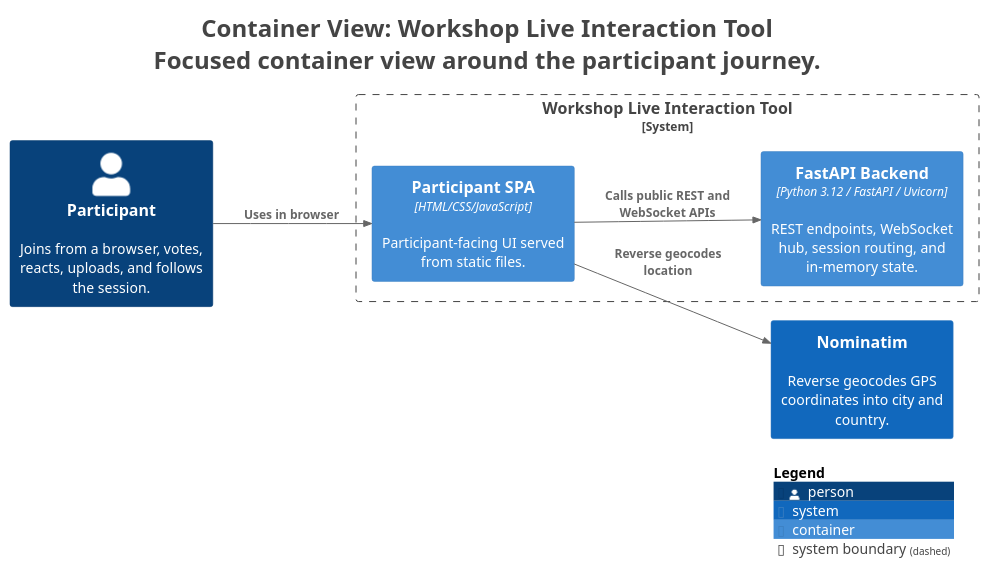
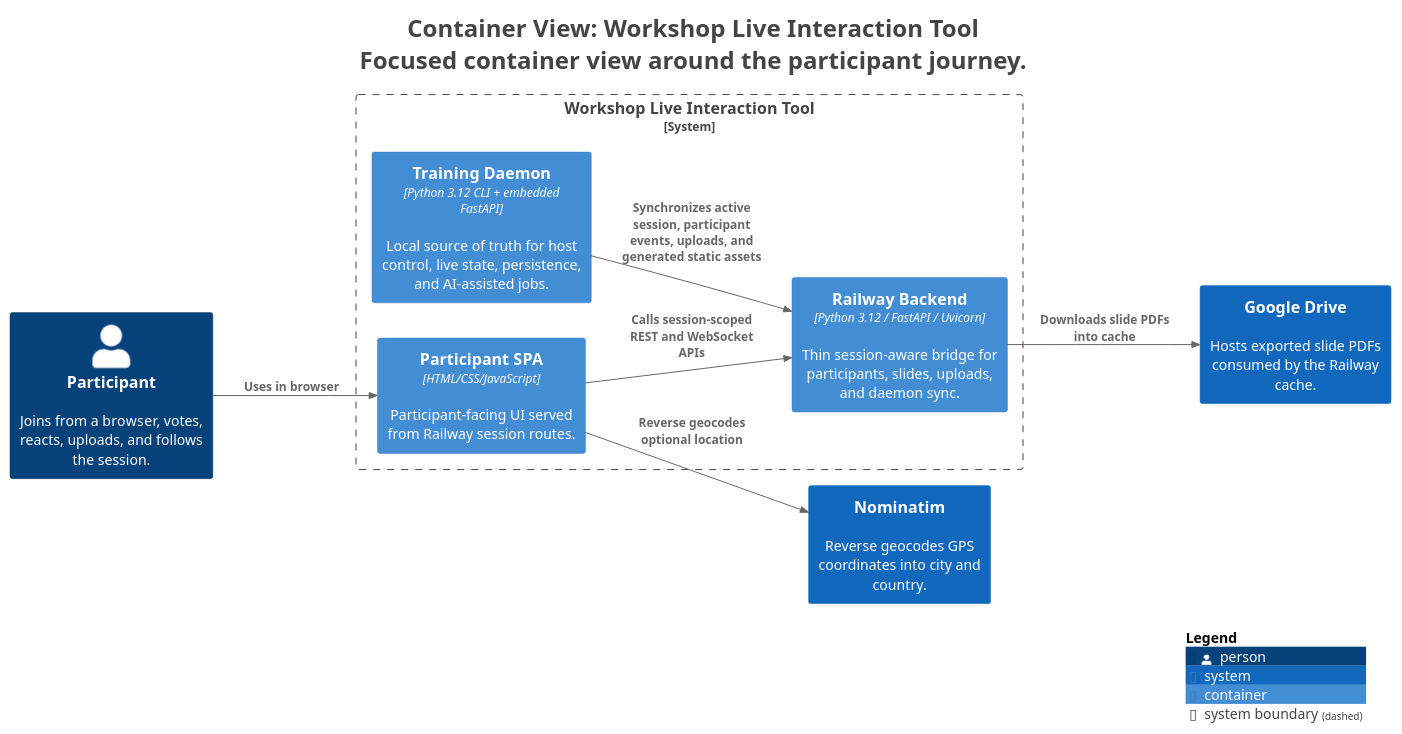
One commit to victorrentea/training-assistant changed the diagram in docs/c4views/structurizr-C2ParticipantFlow.puml. Above: the diagram before and after it, drawn with PlantUML. The commit also changed 26 other files, not shown here.

```diff
--- a/docs/c4views/structurizr-C2ParticipantFlow.puml
+++ b/docs/c4views/structurizr-C2ParticipantFlow.puml
@@ -1,32 +1,36 @@
 @startuml
 title <size:24>Container View: Workshop Live Interaction Tool</size>\n<size:24>Focused container view around the participant journey.</size>
 
 set separator none
 left to right direction
 
 <style>
   root {
     BackgroundColor: #ffffff
     FontColor: #444444
   }
 </style>
 
 !include <C4/C4>
 !include <C4/C4_Context>
 !include <C4/C4_Container>
 
 Person(Participant, "Participant", $descr="Joins from a browser, votes, reacts, uploads, and follows the session.", $tags="", $link="")
 System(Nominatim, "Nominatim", $descr="Reverse geocodes GPS coordinates into city and country.", $tags="", $link="")
+System(GoogleDrive, "Google Drive", $descr="Hosts exported slide PDFs consumed by the Railway cache.", $tags="", $link="")
 
 System_Boundary("WorkshopLiveInteractionTool_boundary", "Workshop Live Interaction Tool", $tags="") {
-  Container(WorkshopLiveInteractionTool.FastAPIBackend, "FastAPI Backend", $techn="Python 3.12 / FastAPI / Uvicorn", $descr="REST endpoints, WebSocket hub, session routing, and in-memory state.", $tags="", $link="")
-  Container(WorkshopLiveInteractionTool.ParticipantSPA, "Participant SPA", $techn="HTML/CSS/JavaScript", $descr="Participant-facing UI served from static files.", $tags="", $link="")
+  Container(WorkshopLiveInteractionTool.ParticipantSPA, "Participant SPA", $techn="HTML/CSS/JavaScript", $descr="Participant-facing UI served from Railway session routes.", $tags="", $link="")
+  Container(WorkshopLiveInteractionTool.RailwayBackend, "Railway Backend", $techn="Python 3.12 / FastAPI / Uvicorn", $descr="Thin session-aware bridge for participants, slides, uploads, and daemon sync.", $tags="", $link="")
+  Container(WorkshopLiveInteractionTool.TrainingDaemon, "Training Daemon", $techn="Python 3.12 CLI + embedded FastAPI", $descr="Local source of truth for host control, live state, persistence, and AI-assisted jobs.", $tags="", $link="")
 }
 
 Rel(Participant, WorkshopLiveInteractionTool.ParticipantSPA, "Uses in browser", $techn="", $tags="", $link="")
-Rel(WorkshopLiveInteractionTool.ParticipantSPA, WorkshopLiveInteractionTool.FastAPIBackend, "Calls public REST and WebSocket APIs", $techn="", $tags="", $link="")
-Rel(WorkshopLiveInteractionTool.ParticipantSPA, Nominatim, "Reverse geocodes location", $techn="", $tags="", $link="")
+Rel(WorkshopLiveInteractionTool.ParticipantSPA, WorkshopLiveInteractionTool.RailwayBackend, "Calls session-scoped REST and WebSocket APIs", $techn="", $tags="", $link="")
+Rel(WorkshopLiveInteractionTool.ParticipantSPA, Nominatim, "Reverse geocodes optional location", $techn="", $tags="", $link="")
+Rel(WorkshopLiveInteractionTool.TrainingDaemon, WorkshopLiveInteractionTool.RailwayBackend, "Synchronizes active session, participant events, uploads, and generated static assets", $techn="", $tags="", $link="")
+Rel(WorkshopLiveInteractionTool.RailwayBackend, GoogleDrive, "Downloads slide PDFs into cache", $techn="", $tags="", $link="")
 
 SHOW_LEGEND(true)
 hide stereotypes
 @enduml
```
